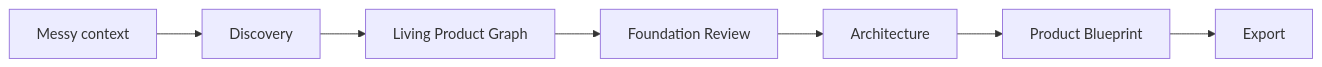
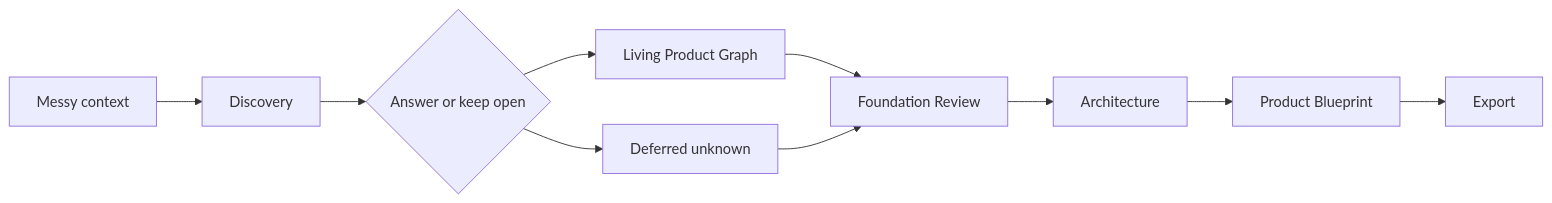
The first of 2 diagrams in README.md (simrankapoor456/mycellium-studio), drawn with Mermaid before and after one commit. The commit also changed other lines of this file and 10 other files, not shown here.

````diff
--- a/README.md
+++ b/README.md
@@ -47,9 +47,12 @@
 ```mermaid
 flowchart LR
   A[Messy context] --> B[Discovery]
-  B --> C[Living Product Graph]
-  C --> D[Foundation Review]
-  D --> E[Architecture]
-  E --> F[Product Blueprint]
-  F --> G[Export]
+  B --> C{Answer or keep open}
+  C --> D[Living Product Graph]
+  C --> E[Deferred unknown]
+  D --> F[Foundation Review]
+  E --> F
+  F --> G[Architecture]
+  G --> H[Product Blueprint]
+  H --> I[Export]
 ```
````
